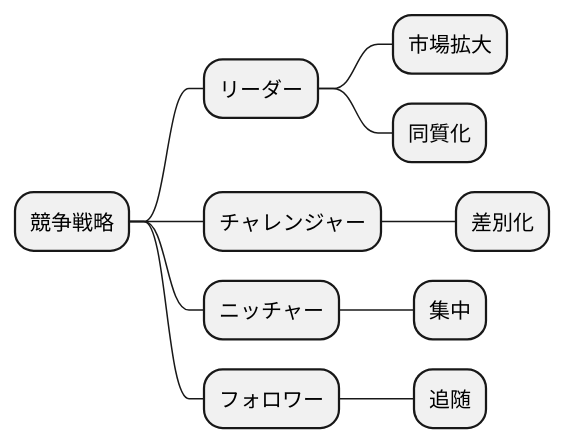
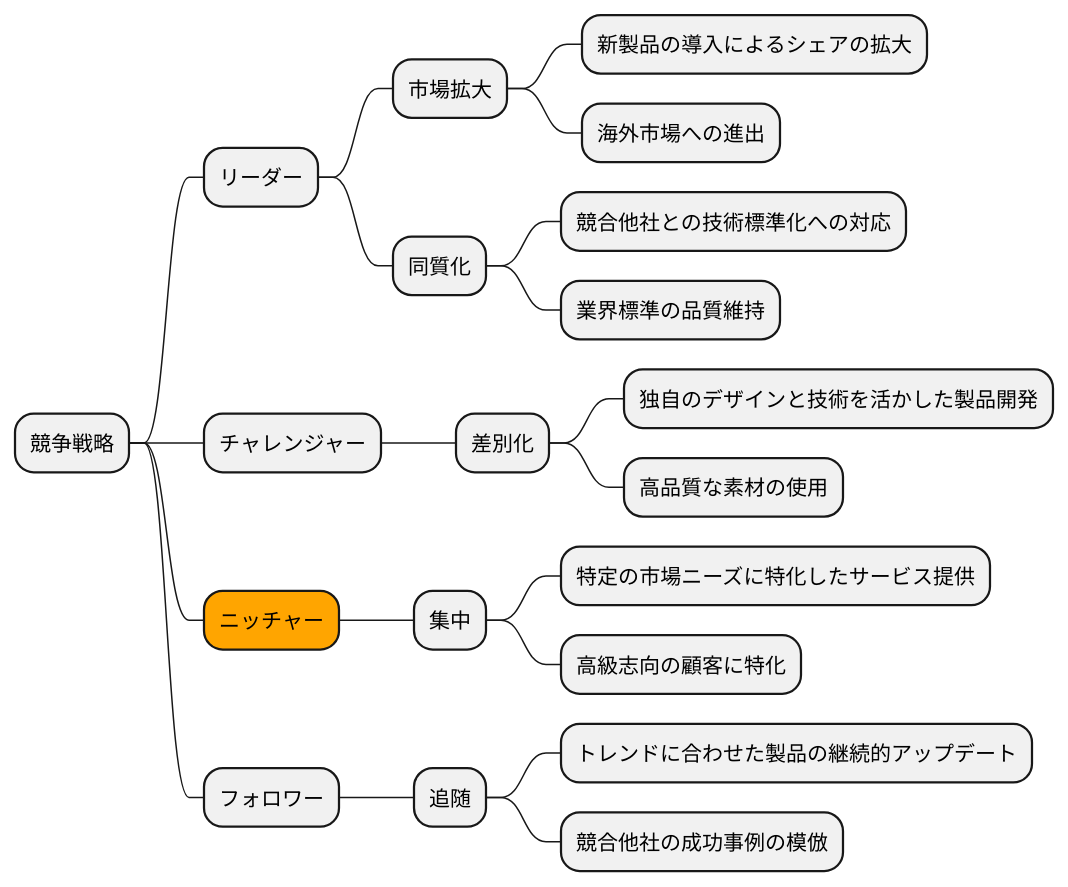
The ninth of 16 diagrams in docs/case/r03_case_3.adoc (k2works/case-sutudy-business-analysis), drawn with PlantUML before and after one commit. The commit also changed other lines of this file, not shown here.

```diff
--- a/docs/case/r03_case_3.adoc
+++ b/docs/case/r03_case_3.adoc
@@ -239,17 +286,27 @@
 [plantuml]
 ----
 @startmindmap
 
 * 競争戦略
 ** リーダー
 *** 市場拡大
+**** 新製品の導入によるシェアの拡大
+**** 海外市場への進出
 *** 同質化
+**** 競合他社との技術標準化への対応
+**** 業界標準の品質維持
 ** チャレンジャー
 *** 差別化
-** ニッチャー
+**** 独自のデザインと技術を活かした製品開発
+**** 高品質な素材の使用
+**[#orange] ニッチャー
 *** 集中
+**** 特定の市場ニーズに特化したサービス提供
+**** 高級志向の顧客に特化
 ** フォロワー
 *** 追随
+**** トレンドに合わせた製品の継続的アップデート
+**** 競合他社の成功事例の模倣
 
 @endmindmap
 ----
```
